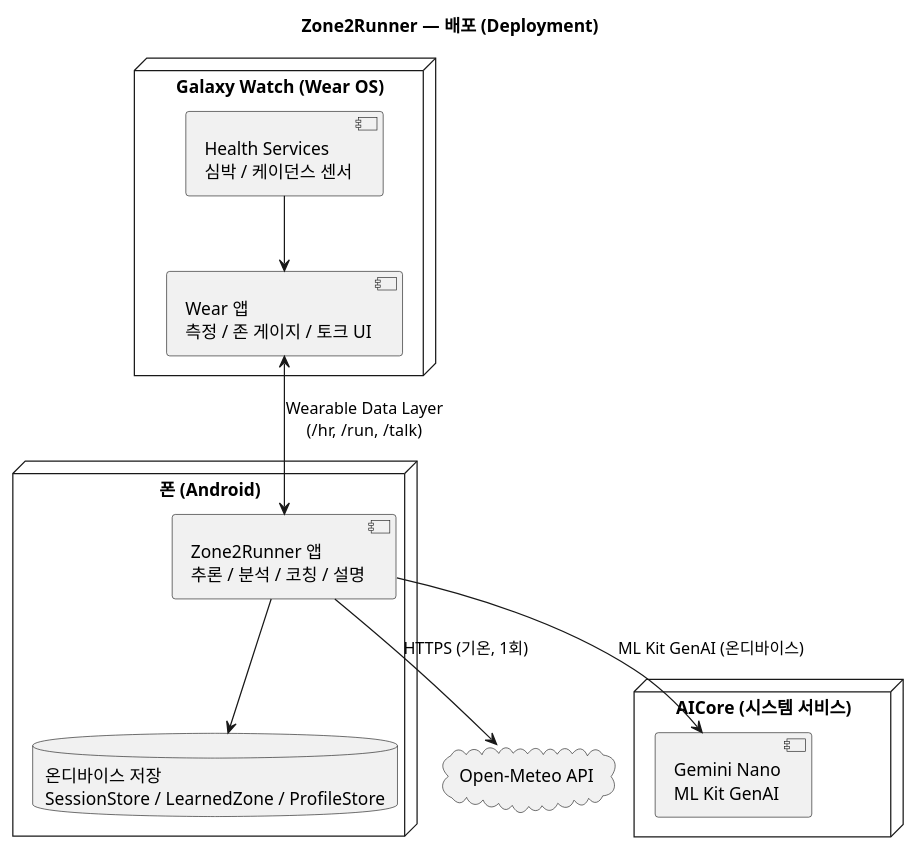
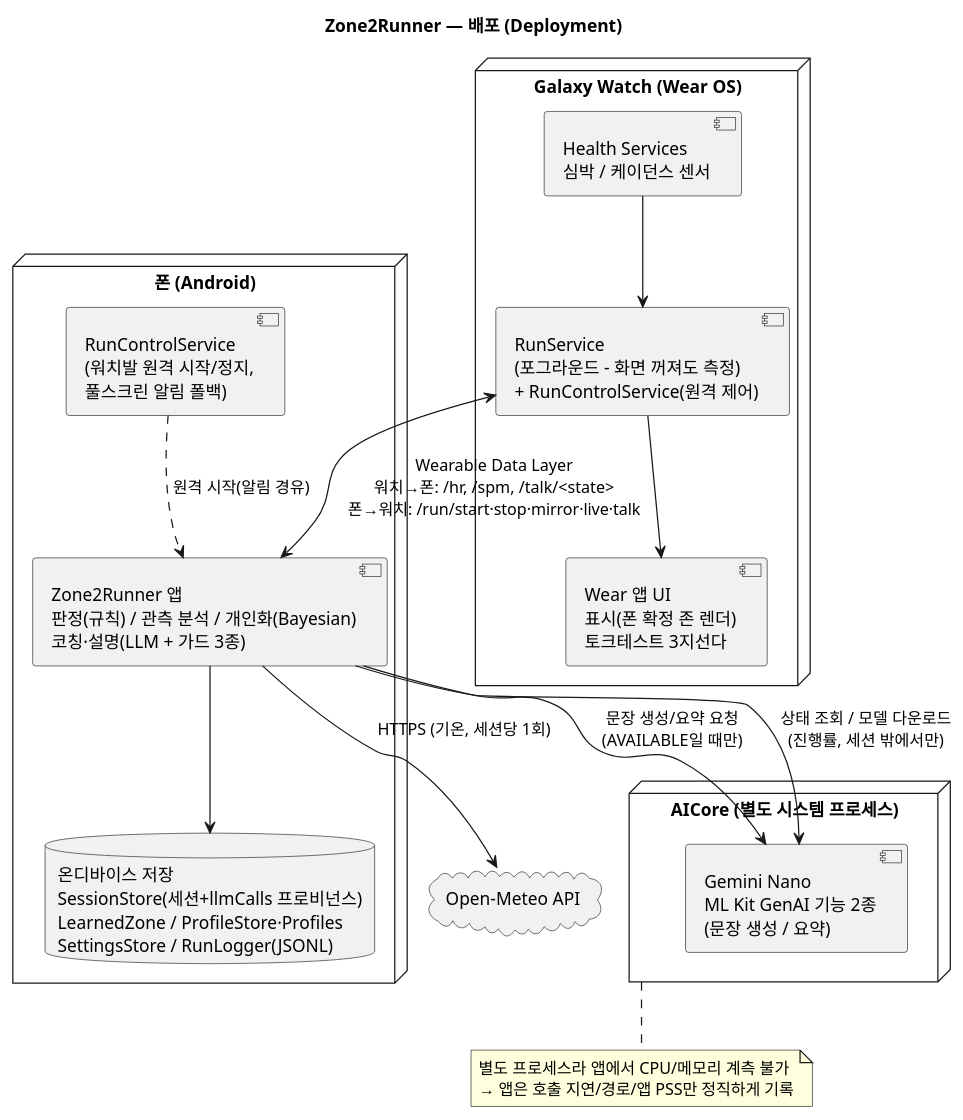
Before and after one commit to tenyearslove/zone2runner: the diagram in arch/diagrams/03-deployment.puml, drawn with PlantUML. The commit also changed 23 other files, not shown here.

```diff
--- a/arch/diagrams/03-deployment.puml
+++ b/arch/diagrams/03-deployment.puml
@@ -1,27 +1,36 @@
 @startuml
 title Zone2Runner — 배포 (Deployment)
-skinparam defaultFontName "AppleGothic"
+skinparam defaultFontName "Malgun Gothic"
 skinparam shadowing false
 
 node "Galaxy Watch (Wear OS)" as WatchNode {
-  component "Wear 앱\n측정 / 존 게이지 / 토크 UI" as WearApp
+  component "Wear 앱 UI\n표시(폰 확정 존 렌더)\n토크테스트 3지선다" as WearApp
+  component "RunService\n(포그라운드 - 화면 꺼져도 측정)\n+ RunControlService(원격 제어)" as WearSvc
   component "Health Services\n심박 / 케이던스 센서" as HS
 }
 
 node "폰 (Android)" as PhoneNode {
-  component "Zone2Runner 앱\n추론 / 분석 / 코칭 / 설명" as PhoneApp
-  database "온디바이스 저장\nSessionStore / LearnedZone / ProfileStore" as Store
+  component "Zone2Runner 앱\n판정(규칙) / 관측 분석 / 개인화(Bayesian)\n코칭·설명(LLM + 가드 3종)" as PhoneApp
+  component "RunControlService\n(워치발 원격 시작/정지,\n풀스크린 알림 폴백)" as PhoneSvc
+  database "온디바이스 저장\nSessionStore(세션+llmCalls 프로비넌스)\nLearnedZone / ProfileStore·Profiles\nSettingsStore / RunLogger(JSONL)" as Store
 }
 
-node "AICore (시스템 서비스)" as AICore {
-  component "Gemini Nano\nML Kit GenAI" as NanoModel
+node "AICore (별도 시스템 프로세스)" as AICore {
+  component "Gemini Nano\nML Kit GenAI 기능 2종\n(문장 생성 / 요약)" as NanoModel
 }
 
 cloud "Open-Meteo API" as WeatherCloud
 
-HS --> WearApp
-WearApp <--> PhoneApp : Wearable Data Layer\n(/hr, /run, /talk)
+HS --> WearSvc
+WearSvc --> WearApp
+WearSvc <--> PhoneApp : Wearable Data Layer\n워치→폰: /hr, /spm, /talk/<state>\n폰→워치: /run/start·stop·mirror·live·talk
+PhoneSvc ..> PhoneApp : 원격 시작(알림 경유)
 PhoneApp --> Store
-PhoneApp --> NanoModel : ML Kit GenAI (온디바이스)
-PhoneApp --> WeatherCloud : HTTPS (기온, 1회)
+PhoneApp --> NanoModel : 문장 생성/요약 요청\n(AVAILABLE일 때만)
+PhoneApp --> NanoModel : 상태 조회 / 모델 다운로드\n(진행률, 세션 밖에서만)
+PhoneApp --> WeatherCloud : HTTPS (기온, 세션당 1회)
+note bottom of AICore
+  별도 프로세스라 앱에서 CPU/메모리 계측 불가
+  → 앱은 호출 지연/경로/앱 PSS만 정직하게 기록
+end note
 @enduml
```
